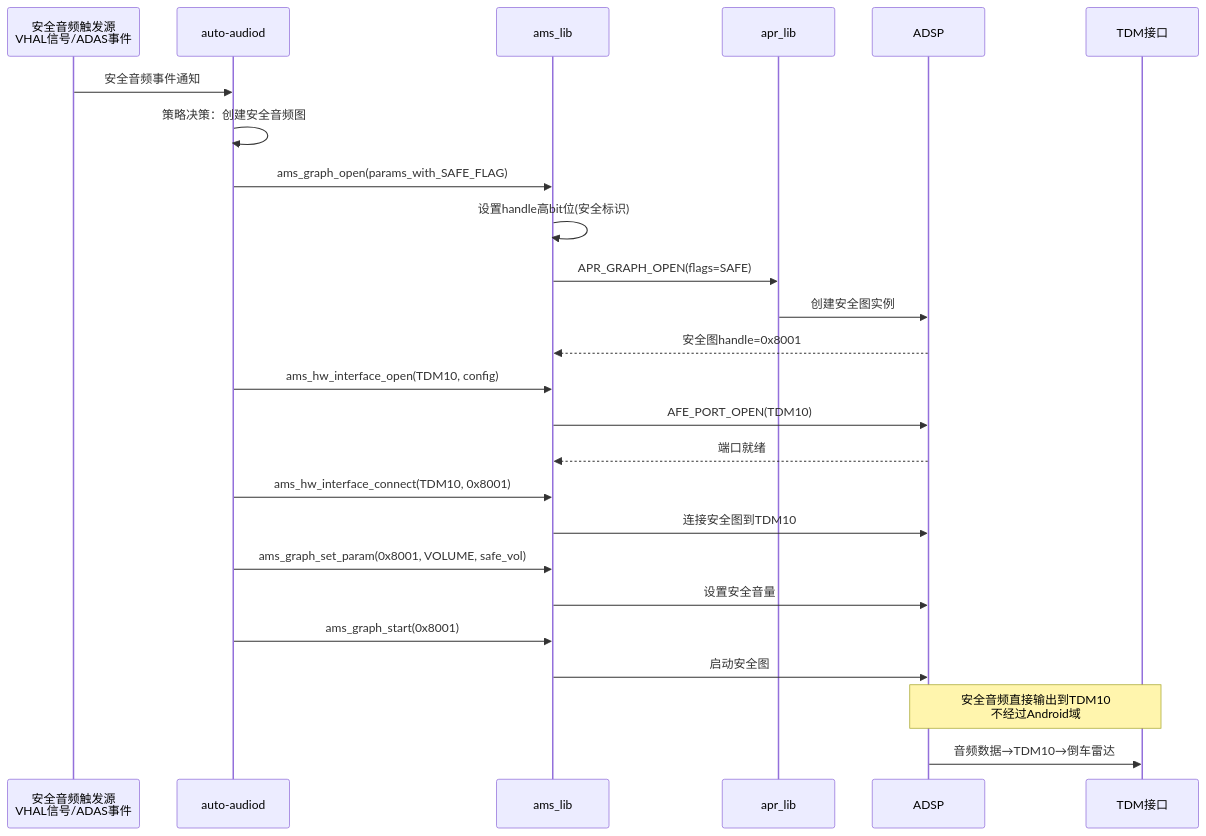
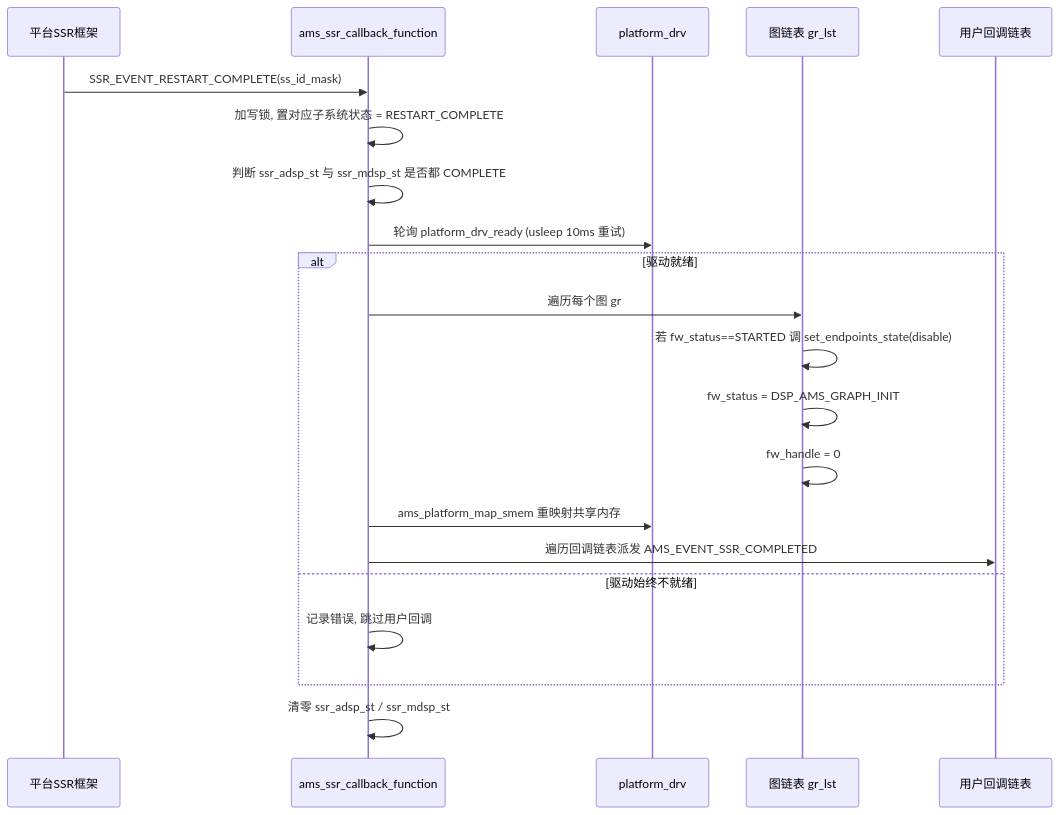
One commit to yanglinzhen1022/SA8295_AAOS_QNX_Audio_KnowledgeBase changed the eighth of 10 diagrams in 16_Vendor_QNX_Architecture/16_16.18_QNX_ams_lib_音频管理服务库.md. Above: the diagram before and after it, drawn with Mermaid. The commit also changed other lines of this file and 48 other files, not shown here.

````diff
--- a/16_Vendor_QNX_Architecture/16_16.18_QNX_ams_lib_音频管理服务库.md
+++ b/16_Vendor_QNX_Architecture/16_16.18_QNX_ams_lib_音频管理服务库.md
@@ -715,34 +694,24 @@
 ```mermaid
 sequenceDiagram
-    participant trigger as 安全音频触发源<br/>VHAL信号/ADAS事件
-    participant audiod as auto-audiod
-    participant ams as ams_lib
-    participant apr as apr_lib
-    participant adsp as ADSP
-    participant tdm as TDM接口
+    participant plat as 平台SSR框架
+    participant ams as ams_ssr_callback_function
+    participant drv as platform_drv
+    participant gl as 图链表 gr_lst
+    participant cb as 用户回调链表
 
-    trigger->>audiod: 安全音频事件通知
-    audiod->>audiod: 策略决策：创建安全音频图
-
-    audiod->>ams: ams_graph_open(params_with_SAFE_FLAG)
-    ams->>ams: 设置handle高bit位(安全标识)
-    ams->>apr: APR_GRAPH_OPEN(flags=SAFE)
-    apr->>adsp: 创建安全图实例
-    adsp-->>ams: 安全图handle=0x8001
-
-    audiod->>ams: ams_hw_interface_open(TDM10, config)
-    ams->>adsp: AFE_PORT_OPEN(TDM10)
-    adsp-->>ams: 端口就绪
-
-    audiod->>ams: ams_hw_interface_connect(TDM10, 0x8001)
-    ams->>adsp: 连接安全图到TDM10
-
-    audiod->>ams: ams_graph_set_param(0x8001, VOLUME, safe_vol)
-    ams->>adsp: 设置安全音量
-
-    audiod->>ams: ams_graph_start(0x8001)
-    ams->>adsp: 启动安全图
-
-    Note over adsp,tdm: 安全音频直接输出到TDM10<br/>不经过Android域
-    adsp->>tdm: 音频数据→TDM10→倒车雷达
+    plat->>ams: SSR_EVENT_RESTART_COMPLETE(ss_id_mask)
+    ams->>ams: 加写锁, 置对应子系统状态 = RESTART_COMPLETE
+    ams->>ams: 判断 ssr_adsp_st 与 ssr_mdsp_st 是否都 COMPLETE
+    ams->>drv: 轮询 platform_drv_ready (usleep 10ms 重试)
+    alt 驱动就绪
+        ams->>gl: 遍历每个图 gr
+        gl->>gl: 若 fw_status==STARTED 调 set_endpoints_state(disable)
+        gl->>gl: fw_status = DSP_AMS_GRAPH_INIT
+        gl->>gl: fw_handle = 0
+        ams->>drv: ams_platform_map_smem 重映射共享内存
+        ams->>cb: 遍历回调链表派发 AMS_EVENT_SSR_COMPLETED
+    else 驱动始终不就绪
+        ams->>ams: 记录错误, 跳过用户回调
+    end
+    ams->>ams: 清零 ssr_adsp_st / ssr_mdsp_st
 ```
````
